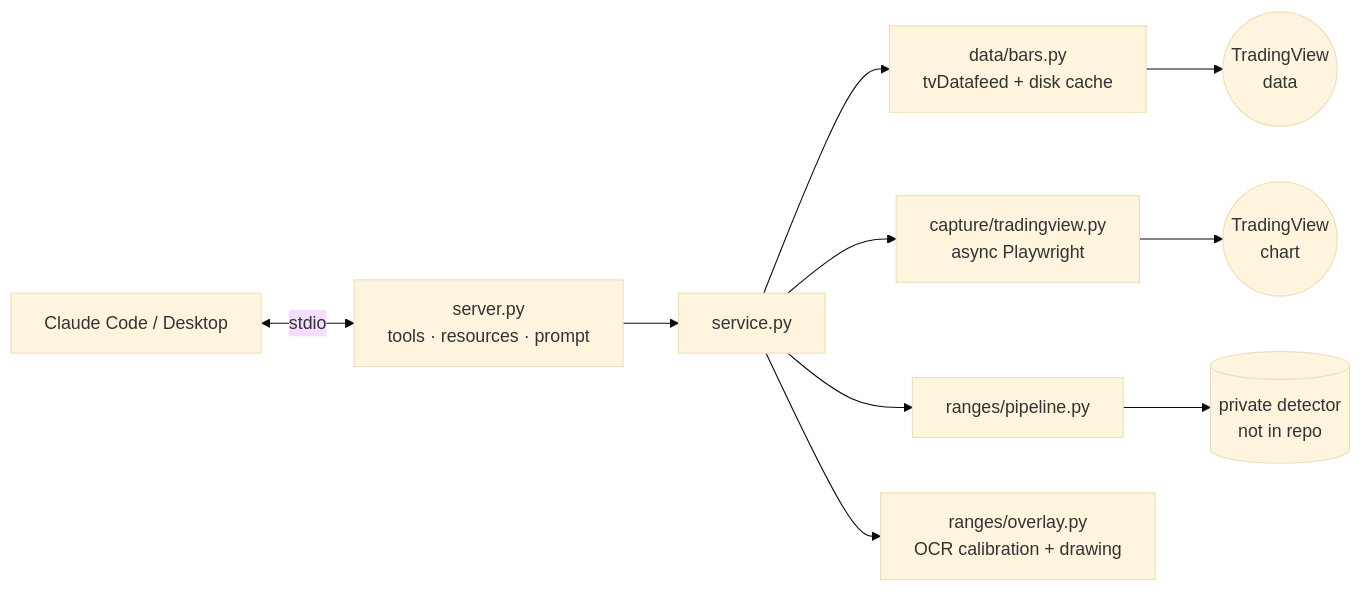
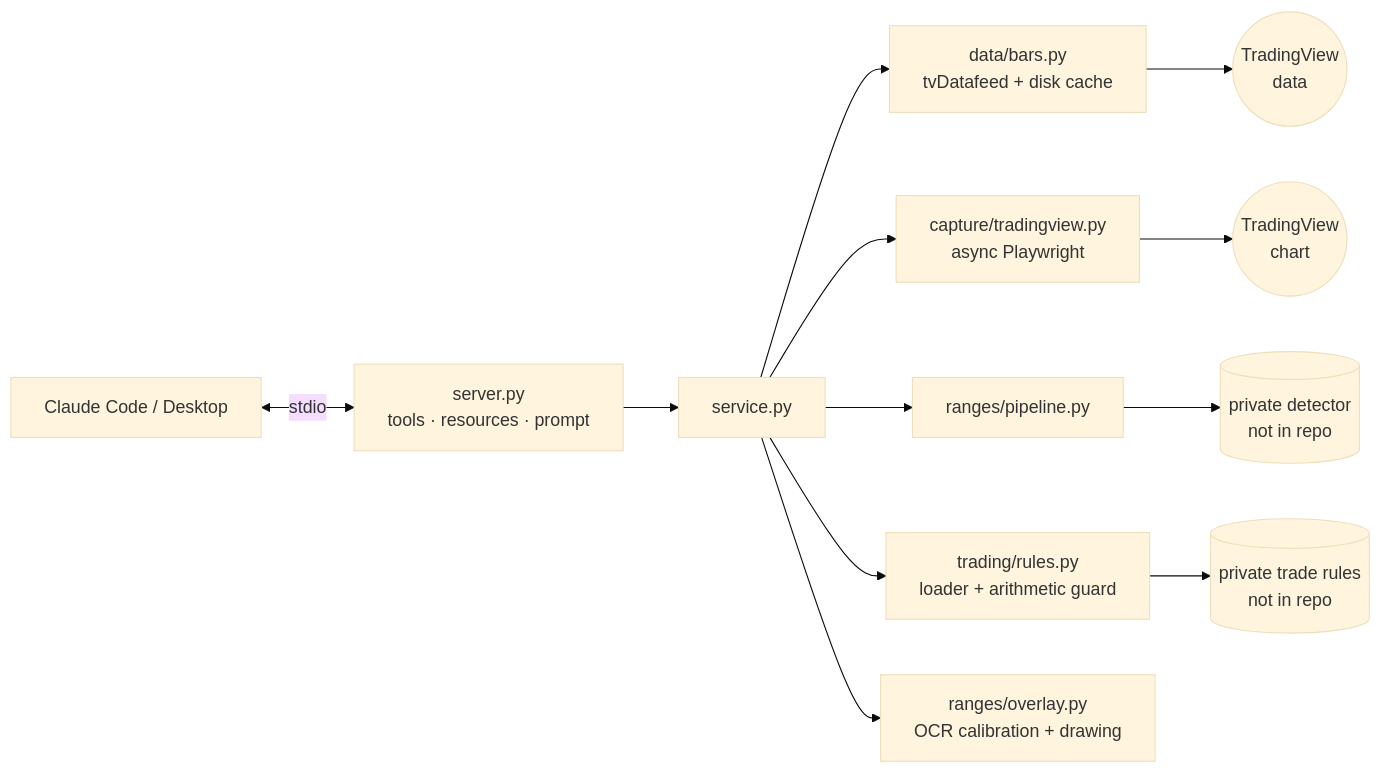
Before and after one commit to usamahassan965/futures-mcp: the diagram in README.md, drawn with Mermaid (base theme). The commit also changed other lines of this file and 12 other files, not shown here.

````diff
--- a/README.md
+++ b/README.md
@@ -42,12 +43,14 @@
 ```mermaid
 flowchart LR
     C[Claude Code / Desktop] <-- stdio --> S[server.py<br/>tools · resources · prompt]
     S --> SV[service.py]
     SV --> B[data/bars.py<br/>tvDatafeed + disk cache]
     SV --> T[capture/tradingview.py<br/>async Playwright]
     SV --> P[ranges/pipeline.py]
     P --> D[(private detector<br/>not in repo)]
+    SV --> R[trading/rules.py<br/>loader + arithmetic guard]
+    R --> E[(private trade rules<br/>not in repo)]
     SV --> O[ranges/overlay.py<br/>OCR calibration + drawing]
     B --> TV1((TradingView<br/>data))
     T --> TV2((TradingView<br/>chart))
 ```
````
